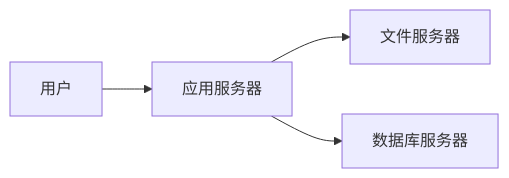
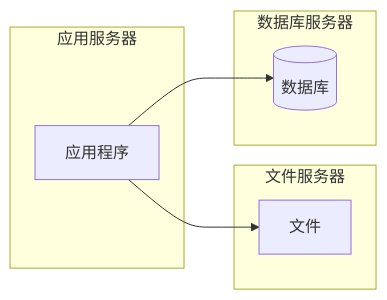
Before and after one commit to YoungHong1992/ruankao-senior-architecture-designer: diagram 11 of 20 in 01.系统架构设计师教材-清洗版/第10章-软件架构的演化和维护.md, drawn with Mermaid. The commit also changed other lines of this file and 24 other files, not shown here.

````diff
--- a/01.系统架构设计师教材-清洗版/第10章-软件架构的演化和维护.md
+++ b/01.系统架构设计师教材-清洗版/第10章-软件架构的演化和维护.md
@@ -701,6 +821,14 @@
 ```mermaid
 flowchart LR
-    User["用户"] --> App["应用服务器"]
-    App --> File["文件服务器"]
-    App --> DB["数据库服务器"]
+    subgraph AppServer["应用服务器"]
+        App["应用程序"]
+    end
+    subgraph FileServer["文件服务器"]
+        Files["文件"]
+    end
+    subgraph DBServer["数据库服务器"]
+        DB[("数据库")]
+    end
+    App --> Files
+    App --> DB
 ```
````
